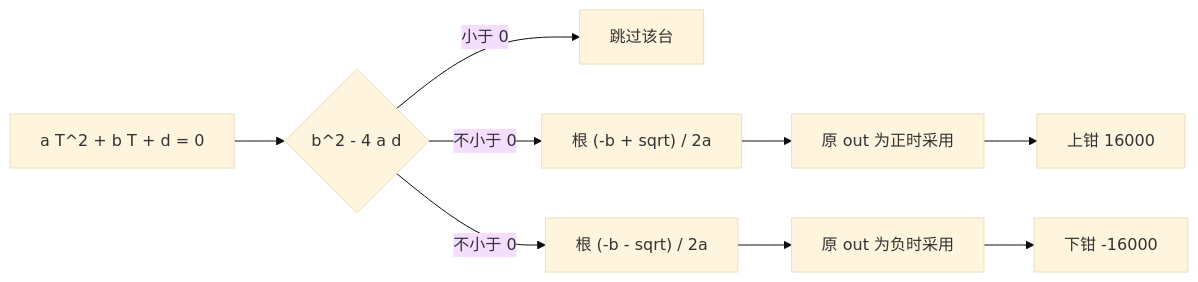
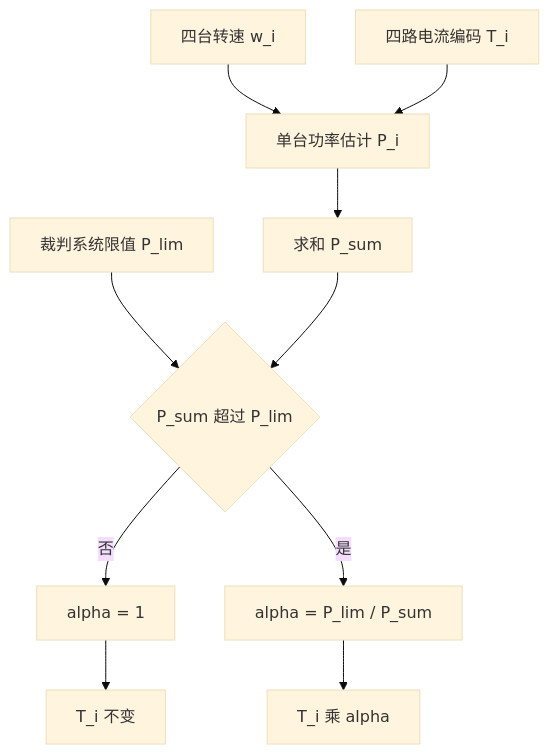
Before and after one commit to TC635807/TC63PersonalWebsite: the second of 2 diagrams in docs/03-CAN 与电机/06-功率控制/02-功率限制算法.md, drawn with Mermaid (base theme). The commit also changed other lines of this file and 728 other files, not shown here.

````diff
--- a/docs/03-CAN 与电机/06-功率控制/02-功率限制算法.md
+++ b/docs/03-CAN 与电机/06-功率控制/02-功率限制算法.md
@@ -94,11 +76,12 @@
 ```mermaid
-flowchart LR
-  Q["a T^2 + b T + d = 0"] --> D1{"b^2 - 4 a d"}
-  D1 -- "小于 0" --> S["跳过该台"]
-  D1 -- "不小于 0" --> R1["根 (-b + sqrt) / 2a"]
-  D1 -- "不小于 0" --> R2["根 (-b - sqrt) / 2a"]
-  R1 --> P1["原 out 为正时采用"]
-  R2 --> P2["原 out 为负时采用"]
-  P1 --> C1["上钳 16000"]
-  P2 --> C2["下钳 -16000"]
+flowchart TD
+  W["四台转速 w_i"] --> EST["单台功率估计 P_i"]
+  T["四路电流编码 T_i"] --> EST
+  EST --> SUM["求和 P_sum"]
+  LIM["裁判系统限值 P_lim"] --> A{"P_sum 超过 P_lim"}
+  SUM --> A
+  A -- "否" --> KEEP["alpha = 1"]
+  A -- "是" --> SC["alpha = P_lim / P_sum"]
+  KEEP --> OUT["T_i 不变"]
+  SC --> OUT2["T_i 乘 alpha"]
 ```
````
